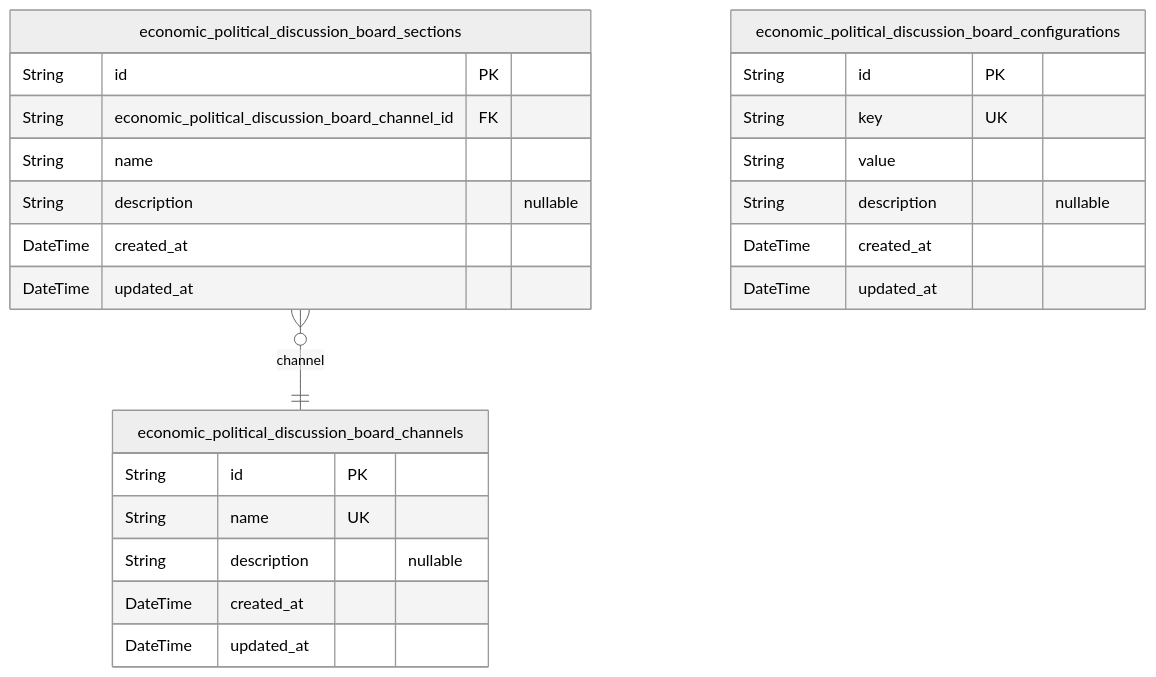
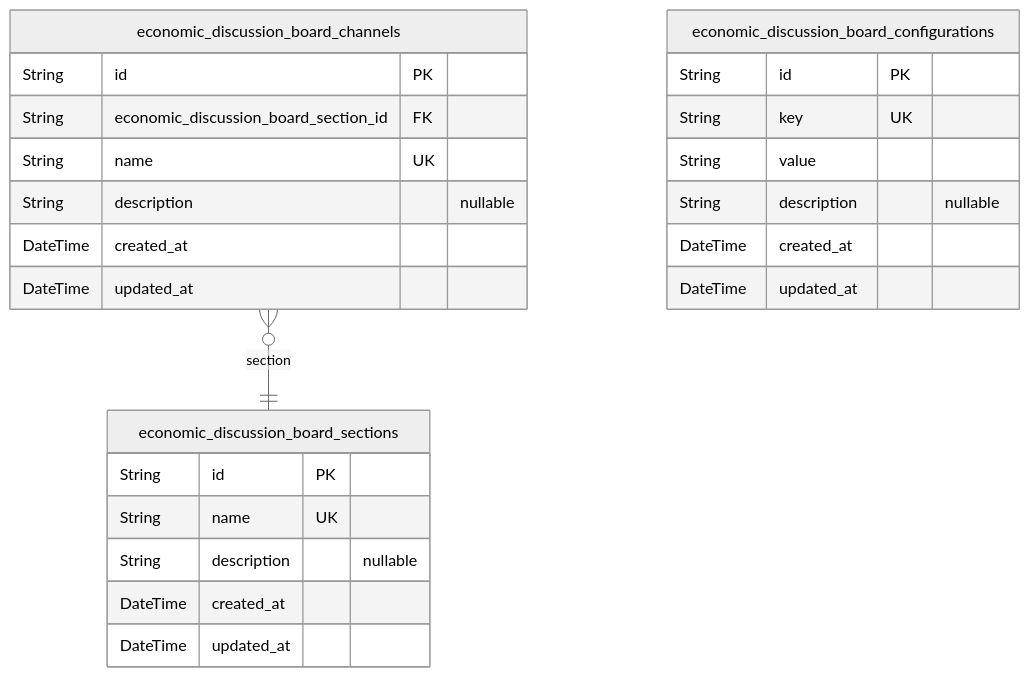
One commit to wrtnlabs/autobe-examples changed the first of 5 diagrams in mistralai/codestral-2508/bbs/docs/ERD.md. Above: the diagram before and after it, drawn with Mermaid (neutral theme). The commit also changed other lines of this file and 3569 other files, not shown here.

````diff
--- a/mistralai/codestral-2508/bbs/docs/ERD.md
+++ b/mistralai/codestral-2508/bbs/docs/ERD.md
@@ -13,27 +13,27 @@
 ```mermaid
 erDiagram
-"economic_political_discussion_board_channels" {
+"economic_discussion_board_channels" {
+  String id PK
+  String economic_discussion_board_section_id FK
+  String name UK
+  String description "nullable"
+  DateTime created_at
+  DateTime updated_at
+}
+"economic_discussion_board_sections" {
   String id PK
   String name UK
   String description "nullable"
   DateTime created_at
   DateTime updated_at
 }
-"economic_political_discussion_board_sections" {
-  String id PK
-  String economic_political_discussion_board_channel_id FK
-  String name
-  String description "nullable"
-  DateTime created_at
-  DateTime updated_at
-}
-"economic_political_discussion_board_configurations" {
+"economic_discussion_board_configurations" {
   String id PK
   String key UK
   String value
   String description "nullable"
   DateTime created_at
   DateTime updated_at
 }
-"economic_political_discussion_board_sections" }o--|| "economic_political_discussion_board_channels" : channel
+"economic_discussion_board_channels" }o--|| "economic_discussion_board_sections" : section
 ```
````
